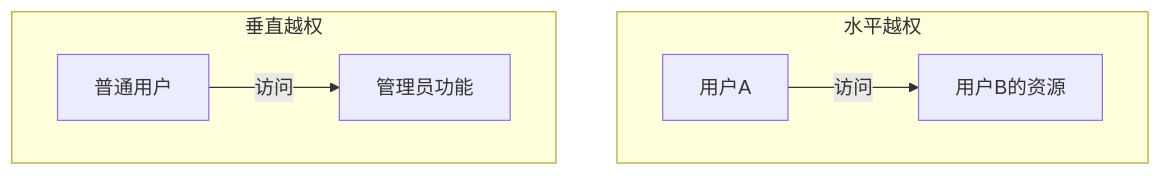
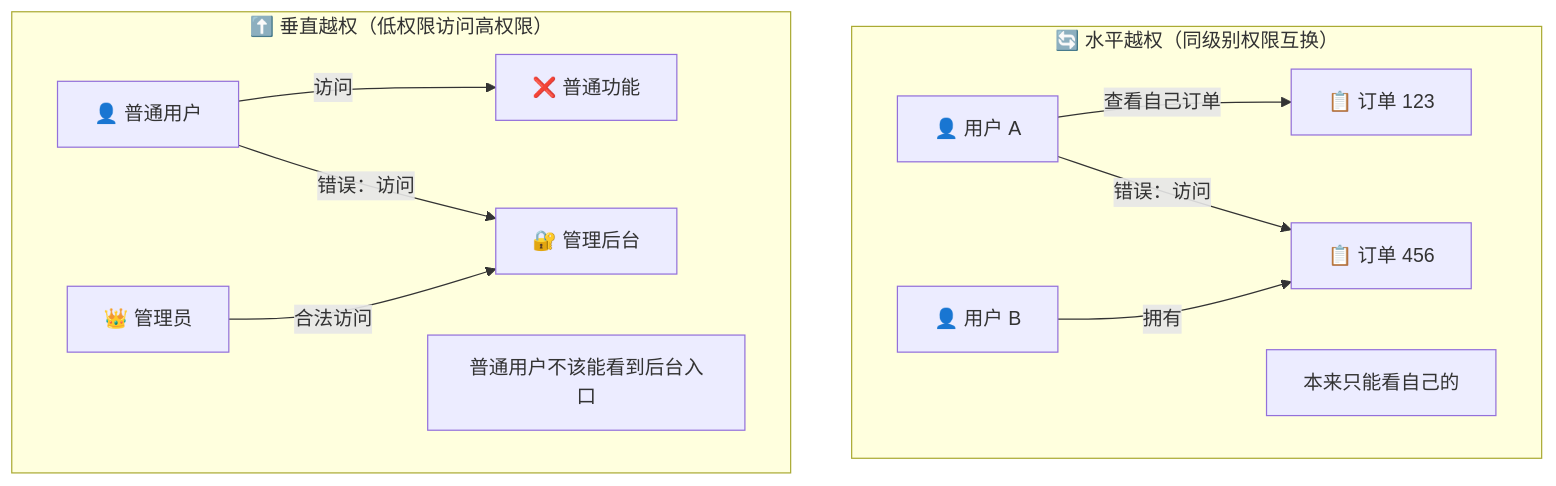
Before and after one commit to zhangshichuan/maxzhang.site: the fourth of 14 diagrams in articles/zh/nodejs-security-guide.mdx, drawn with Mermaid. The commit also changed other lines of this file and 1 other file, not shown here.

````diff
--- a/articles/zh/nodejs-security-guide.mdx
+++ b/articles/zh/nodejs-security-guide.mdx
@@ -109,9 +410,16 @@
 ```mermaid
 flowchart TD
-    subgraph 水平越权
-        A[用户A] -- 访问 --> B[用户B的资源]
+    subgraph 水平越权["🔄 水平越权（同级别权限互换）"]
+        A[👤 用户 A] -->|查看自己订单| O1[📋 订单 123]
+        A -->|错误：访问| O2[📋 订单 456]
+        B[👤 用户 B] -->|拥有| O2
+        NoteAB[本来只能看自己的]
     end
-    subgraph 垂直越权
-        C[普通用户] -- 访问 --> D[管理员功能]
+
+    subgraph 垂直越权["⬆️ 垂直越权（低权限访问高权限）"]
+        C[👤 普通用户] -->|访问| N1[❌ 普通功能]
+        C -->|错误：访问| D1[🔐 管理后台]
+        D[👑 管理员] -->|合法访问| D1
+        NoteCD[普通用户不该能看到后台入口]
     end
 ```
````
